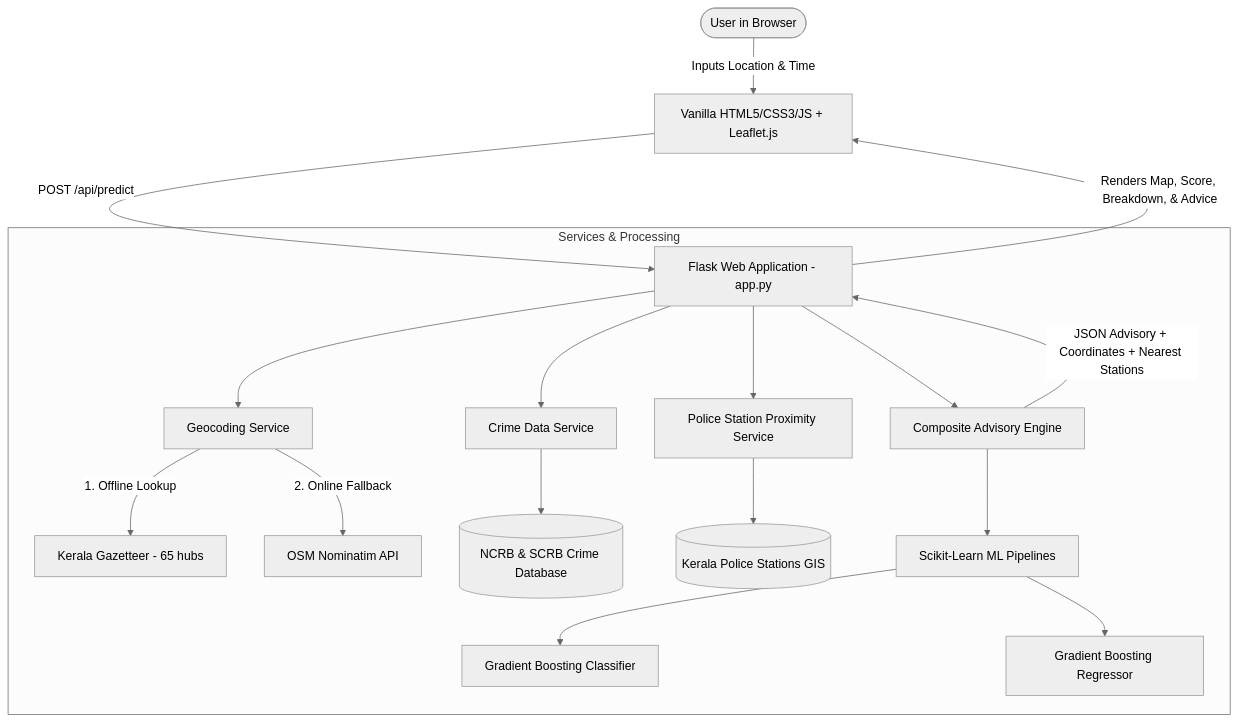
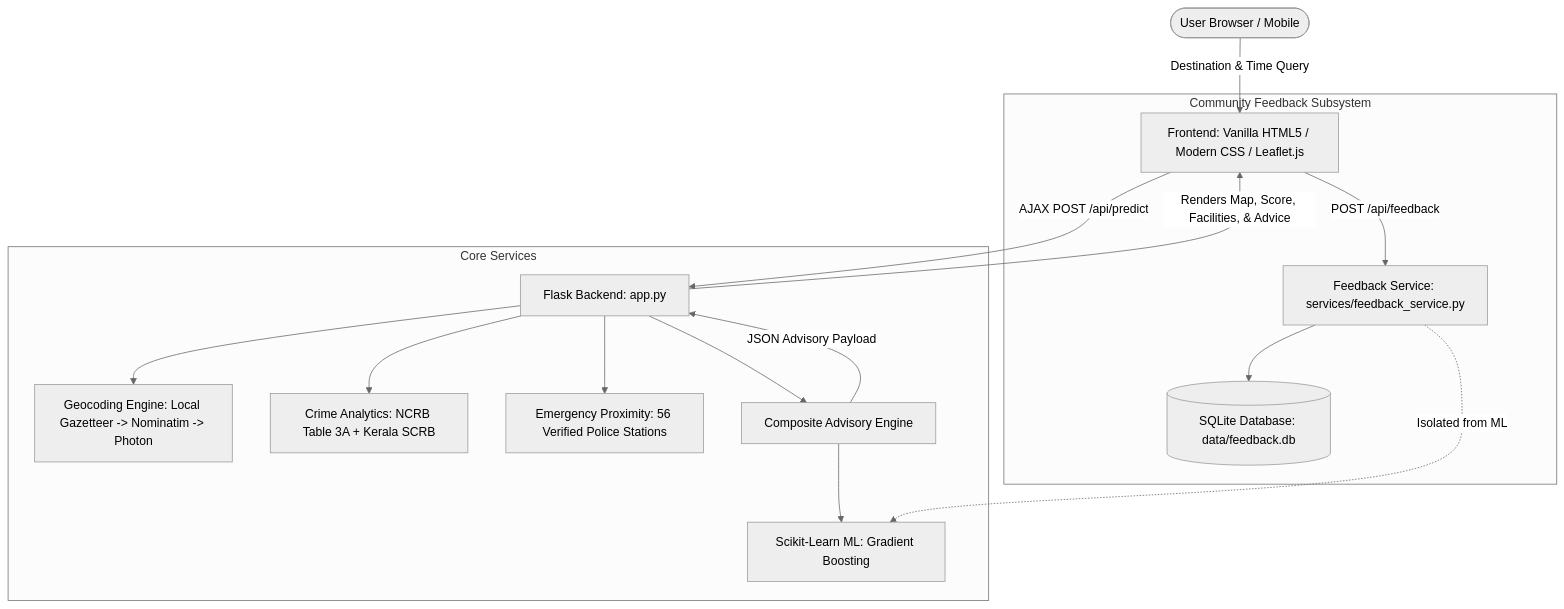
Before and after one commit to AlinaAnnaEappen/MINIPROJECT: the diagram in README.md, drawn with Mermaid (neutral theme). The commit also changed other lines of this file and 3 other files, not shown here.

````diff
--- a/README.md
+++ b/README.md
@@ -37,25 +54,22 @@
 ```mermaid
 graph TD
-    User([User in Browser]) -->|Inputs Location & Time| Frontend[Vanilla HTML5/CSS3/JS + Leaflet.js]
-    Frontend -->|POST /api/predict| Flask[Flask Web Application - app.py]
+    User([User Browser / Mobile]) -->|Destination & Time Query| WebUI[Frontend: Vanilla HTML5 / Modern CSS / Leaflet.js]
+    WebUI -->|AJAX POST /api/predict| Flask[Flask Backend: app.py]
     
-    subgraph Services & Processing
-        Flask --> Geocoder[Geocoding Service]
-        Geocoder -->|1. Offline Lookup| Gazetteer[Kerala Gazetteer - 65 hubs]
-        Geocoder -->|2. Online Fallback| Nominatim[OSM Nominatim API]
-        
-        Flask --> CrimeService[Crime Data Service]
-        CrimeService --> DistrictDB[(NCRB & SCRB Crime Database)]
-        
-        Flask --> OSMService[Police Station Proximity Service]
-        OSMService --> StationDB[(Kerala Police Stations GIS)]
-        
+    subgraph Core Services
+        Flask --> Geocoder[Geocoding Engine: Local Gazetteer -> Nominatim -> Photon]
+        Flask --> CrimeService[Crime Analytics: NCRB Table 3A + Kerala SCRB]
+        Flask --> GISService[Emergency Proximity: 56 Verified Police Stations]
         Flask --> AdvisoryEngine[Composite Advisory Engine]
-        AdvisoryEngine --> MLPipeline[Scikit-Learn ML Pipelines]
-        MLPipeline --> GBClassifier[Gradient Boosting Classifier]
-        MLPipeline --> GBRegressor[Gradient Boosting Regressor]
+        AdvisoryEngine --> MLPipeline[Scikit-Learn ML: Gradient Boosting]
     end
     
-    AdvisoryEngine -->|JSON Advisory + Coordinates + Nearest Stations| Flask
-    Flask -->|Renders Map, Score, Breakdown, & Advice| Frontend
+    subgraph Community Feedback Subsystem
+        WebUI -->|POST /api/feedback| FeedbackService[Feedback Service: services/feedback_service.py]
+        FeedbackService --> SQLite[(SQLite Database: data/feedback.db)]
+        FeedbackService -.->|Isolated from ML| MLPipeline
+    end
+    
+    AdvisoryEngine -->|JSON Advisory Payload| Flask
+    Flask -->|Renders Map, Score, Facilities, & Advice| WebUI
 ```
````
